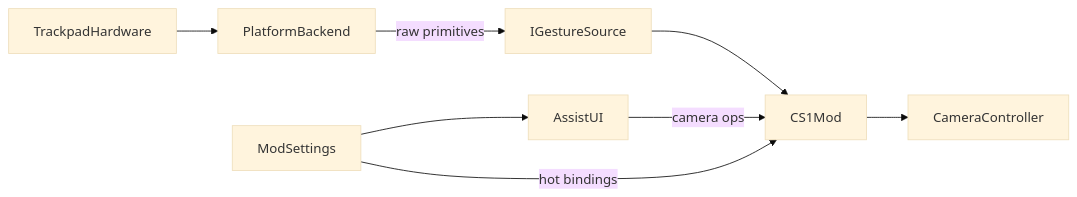
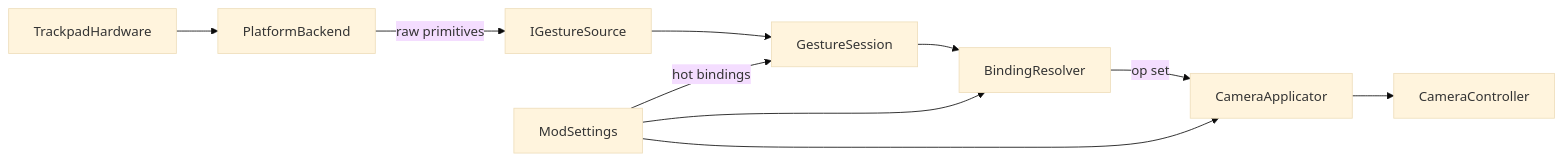
The diagram in docs/features/system-architecture.md (betsalel-williamson/CSL-TrackpadCameraControl), drawn with Mermaid (base theme) before and after one commit. The commit also changed other lines of this file and 30 other files, not shown here.

First line of the commit message:
feat: full gesture camera ops (pan, zoom, yaw, orbit) (#2)

````diff
--- a/docs/features/system-architecture.md
+++ b/docs/features/system-architecture.md
@@ -9,18 +9,21 @@
 ```mermaid
 flowchart LR
   trackpad[TrackpadHardware]
   backend[PlatformBackend]
   source[IGestureSource]
-  assist[AssistUI]
-  mod[CS1Mod]
+  session[GestureSession]
+  resolve[BindingResolver]
+  apply[CameraApplicator]
   settings[ModSettings]
   cam[CameraController]
 
   trackpad --> backend
   backend -->|"raw primitives"| source
-  source --> mod
-  assist -->|"camera ops"| mod
-  settings -->|"hot bindings"| mod
-  settings --> assist
-  mod --> cam
+  source --> session
+  session --> resolve
+  settings -->|"hot bindings"| session
+  settings --> resolve
+  settings --> apply
+  resolve -->|"op set"| apply
+  apply --> cam
 ```
````
